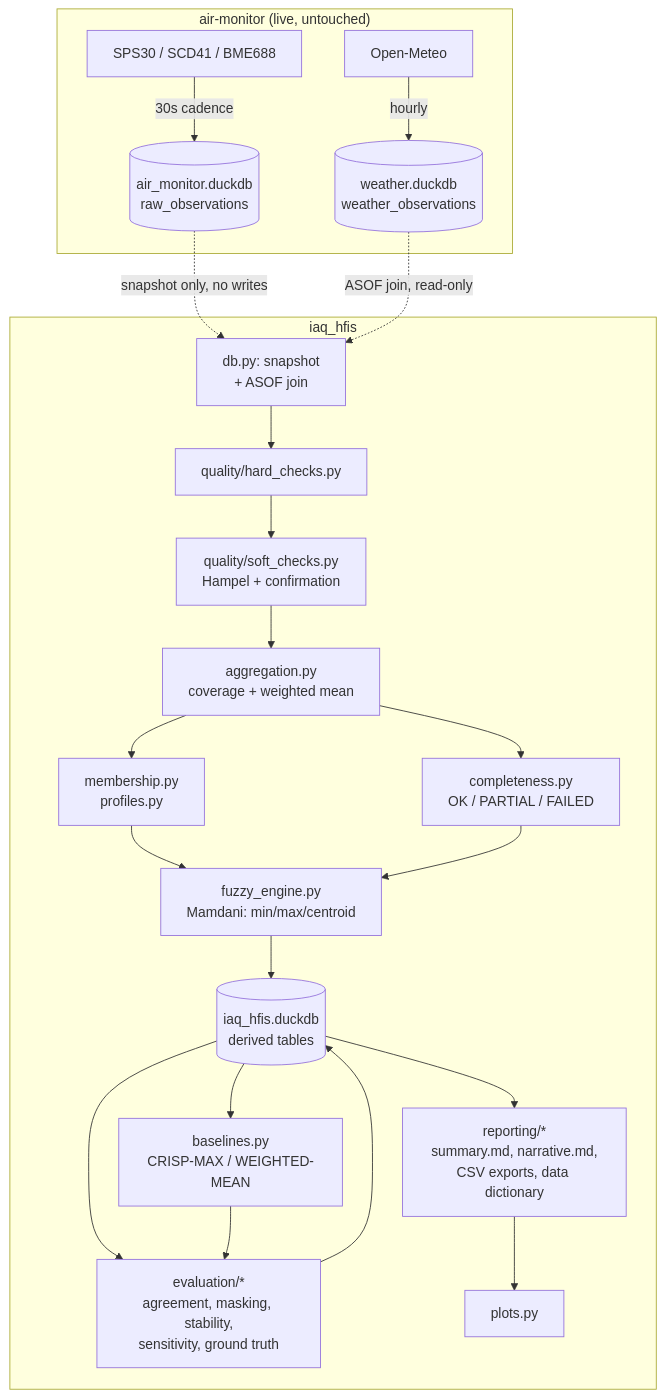
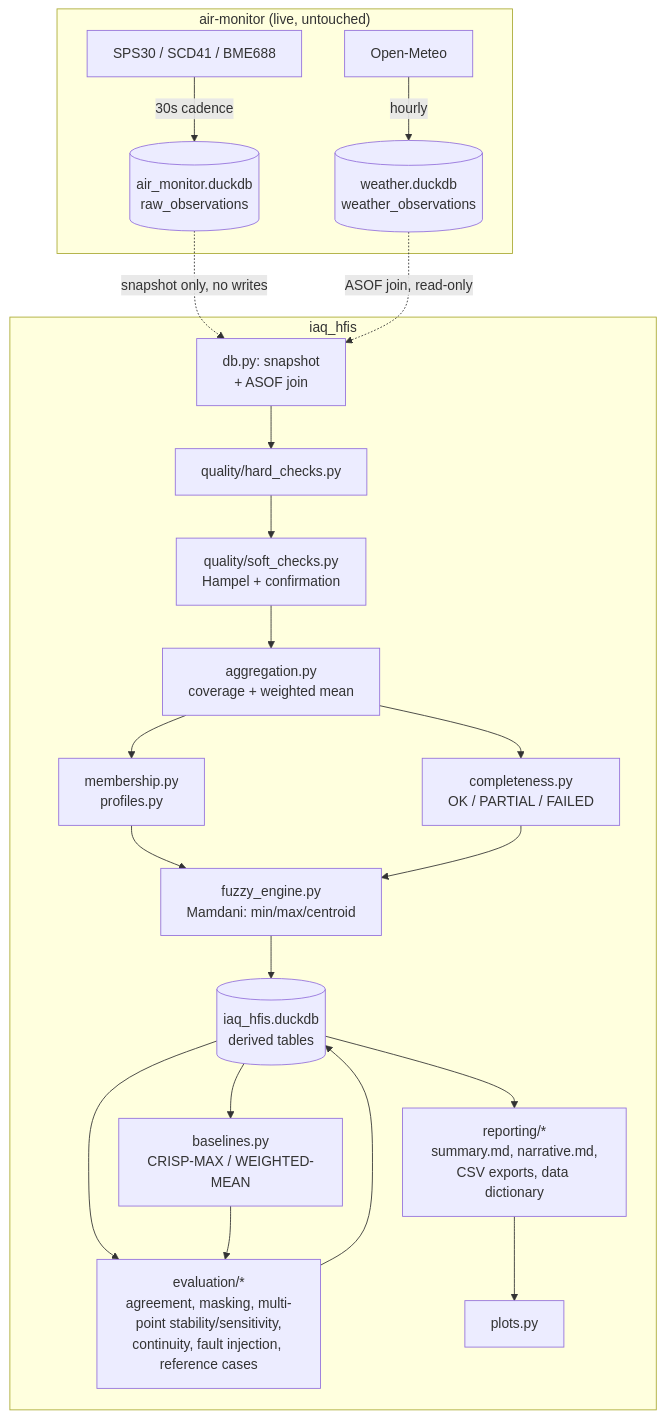
The diagram in README.md (ivanborodii/air-index), drawn with Mermaid before and after one commit. The commit also changed other lines of this file and 24 other files, not shown here.

First line of the commit message:
feat: parameter provenance, continuity/fault-injection benchmarks, publication snapshot

````diff
--- a/README.md
+++ b/README.md
@@ -85,27 +85,27 @@
 ```mermaid
 flowchart TD
     subgraph live["air-monitor (live, untouched)"]
         sensors[SPS30 / SCD41 / BME688] -->|30s cadence| raw[(air_monitor.duckdb<br/>raw_observations)]
         weather[Open-Meteo] -->|hourly| wx[(weather.duckdb<br/>weather_observations)]
     end
 
     subgraph iaqhfis["iaq_hfis"]
         snap[db.py: snapshot<br/>+ ASOF join] --> hard[quality/hard_checks.py]
         hard --> soft[quality/soft_checks.py<br/>Hampel + confirmation]
         soft --> agg[aggregation.py<br/>coverage + weighted mean]
         agg --> comp[completeness.py<br/>OK / PARTIAL / FAILED]
         agg --> mem[membership.py<br/>profiles.py]
         mem --> engine[fuzzy_engine.py<br/>Mamdani: min/max/centroid]
         comp --> engine
         engine --> write[(iaq_hfis.duckdb<br/>derived tables)]
         write --> base[baselines.py<br/>CRISP-MAX / WEIGHTED-MEAN]
-        write --> eval[evaluation/*<br/>agreement, masking, stability,<br/>sensitivity, ground truth]
+        write --> eval[evaluation/*<br/>agreement, masking, multi-point stability/sensitivity,<br/>continuity, fault injection, reference cases]
         base --> eval
         eval --> write
         write --> report[reporting/*<br/>summary.md, narrative.md,<br/>CSV exports, data dictionary]
         report --> plots[plots.py]
     end
 
     raw -.snapshot only, no writes.-> snap
     wx -.ASOF join, read-only.-> snap
 ```
````
